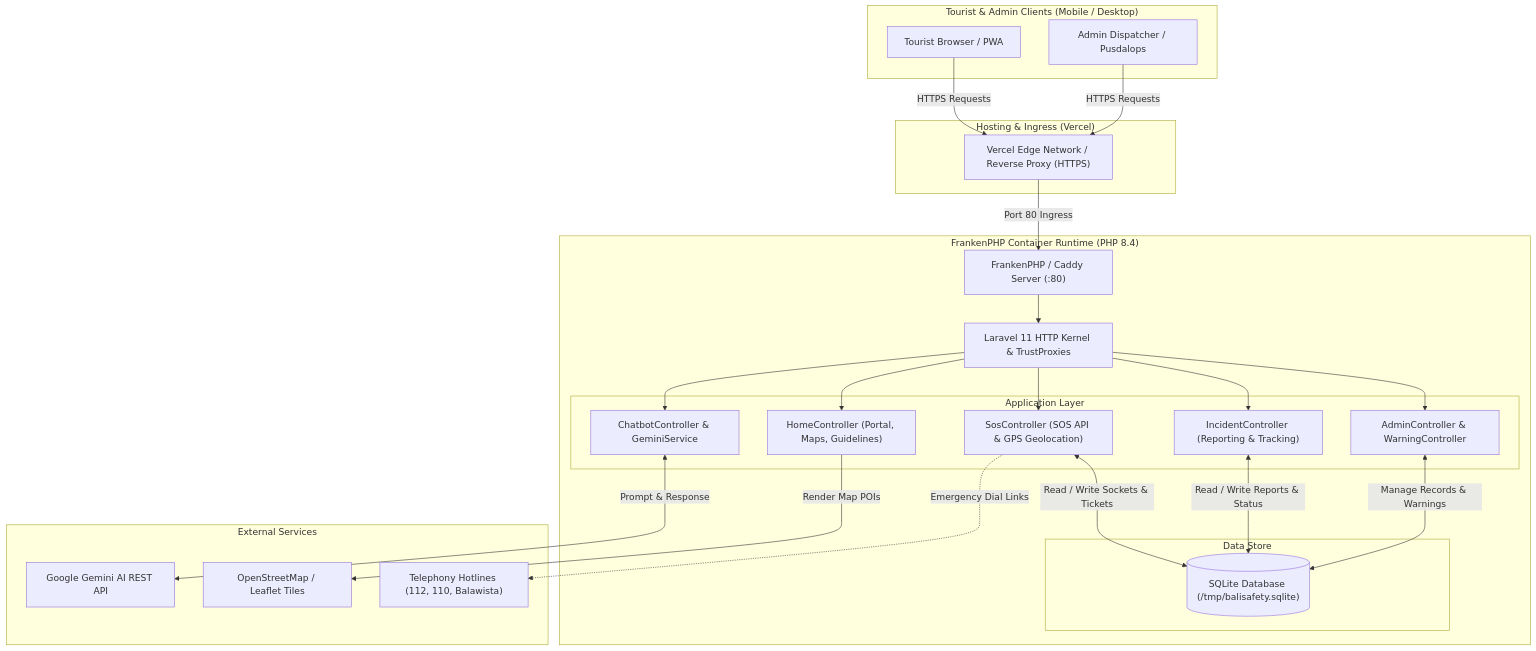
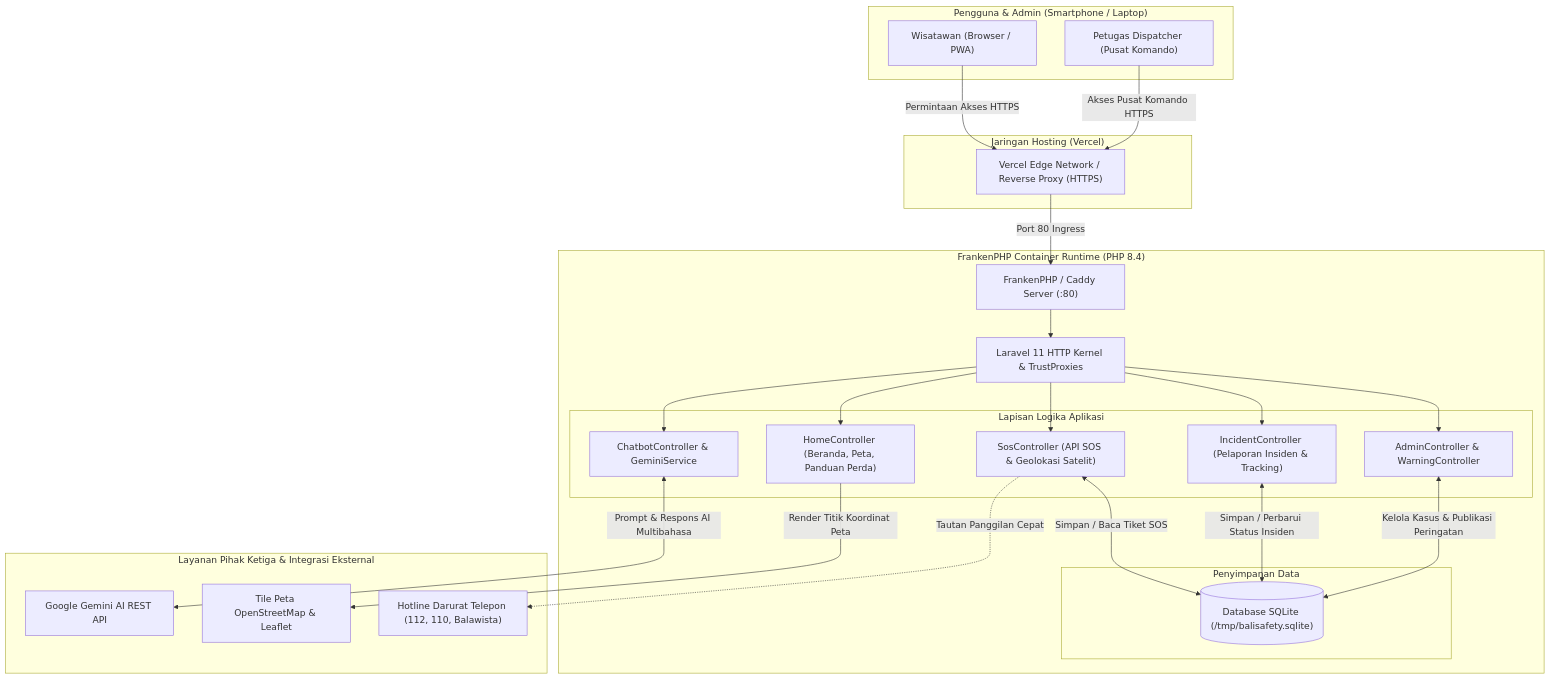
One commit to sanjayawayan/balisafety changed the diagram in README.md. Above: the diagram before and after it, drawn with Mermaid. The commit also changed other lines of this file, not shown here.

````diff
--- a/README.md
+++ b/README.md
@@ -115,51 +117,51 @@
 ```mermaid
 flowchart TD
-    subgraph Clients["Tourist & Admin Clients (Mobile / Desktop)"]
-        T["Tourist Browser / PWA"]
-        A["Admin Dispatcher / Pusdalops"]
+    subgraph Clients["Pengguna & Admin (Smartphone / Laptop)"]
+        T["Wisatawan (Browser / PWA)"]
+        A["Petugas Dispatcher (Pusat Komando)"]
     end
 
-    subgraph Edge["Hosting & Ingress (Vercel)"]
+    subgraph Edge["Jaringan Hosting (Vercel)"]
         V["Vercel Edge Network / Reverse Proxy (HTTPS)"]
     end
 
     subgraph Container["FrankenPHP Container Runtime (PHP 8.4)"]
         Caddy["FrankenPHP / Caddy Server (:80)"]
         Kernel["Laravel 11 HTTP Kernel & TrustProxies"]
         
-        subgraph Controllers["Application Layer"]
-            HomeCtrl["HomeController (Portal, Maps, Guidelines)"]
-            SosCtrl["SosController (SOS API & GPS Geolocation)"]
-            IncCtrl["IncidentController (Reporting & Tracking)"]
+        subgraph Controllers["Lapisan Logika Aplikasi"]
+            HomeCtrl["HomeController (Beranda, Peta, Panduan Perda)"]
+            SosCtrl["SosController (API SOS & Geolokasi Satelit)"]
+            IncCtrl["IncidentController (Pelaporan Insiden & Tracking)"]
             ChatCtrl["ChatbotController & GeminiService"]
             AdmCtrl["AdminController & WarningController"]
         end
 
-        subgraph Storage["Data Store"]
-            SQLite[("SQLite Database (/tmp/balisafety.sqlite)")]
+        subgraph Storage["Penyimpanan Data"]
+            SQLite[("Database SQLite (/tmp/balisafety.sqlite)")]
         end
     end
 
-    subgraph External["External Services"]
+    subgraph External["Layanan Pihak Ketiga & Integrasi Eksternal"]
         Gemini["Google Gemini AI REST API"]
-        OSM["OpenStreetMap / Leaflet Tiles"]
-        Hotlines["Telephony Hotlines (112, 110, Balawista)"]
+        OSM["Tile Peta OpenStreetMap & Leaflet"]
+        Hotlines["Hotline Darurat Telepon (112, 110, Balawista)"]
     end
 
-    T -->|"HTTPS Requests"| V
-    A -->|"HTTPS Requests"| V
+    T -->|"Permintaan Akses HTTPS"| V
+    A -->|"Akses Pusat Komando HTTPS"| V
     V -->|"Port 80 Ingress"| Caddy
     Caddy --> Kernel
     Kernel --> HomeCtrl
     Kernel --> SosCtrl
     Kernel --> IncCtrl
     Kernel --> ChatCtrl
     Kernel --> AdmCtrl
 
-    SosCtrl <-->|"Read / Write Sockets & Tickets"| SQLite
-    IncCtrl <-->|"Read / Write Reports & Status"| SQLite
-    AdmCtrl <-->|"Manage Records & Warnings"| SQLite
-    ChatCtrl <-->|"Prompt & Response"| Gemini
-    HomeCtrl -->|"Render Map POIs"| OSM
-    SosCtrl -.->|"Emergency Dial Links"| Hotlines
+    SosCtrl <-->|"Simpan / Baca Tiket SOS"| SQLite
+    IncCtrl <-->|"Simpan / Perbarui Status Insiden"| SQLite
+    AdmCtrl <-->|"Kelola Kasus & Publikasi Peringatan"| SQLite
+    ChatCtrl <-->|"Prompt & Respons AI Multibahasa"| Gemini
+    HomeCtrl -->|"Render Titik Koordinat Peta"| OSM
+    SosCtrl -.->|"Tautan Panggilan Cepat"| Hotlines
 ```
````
